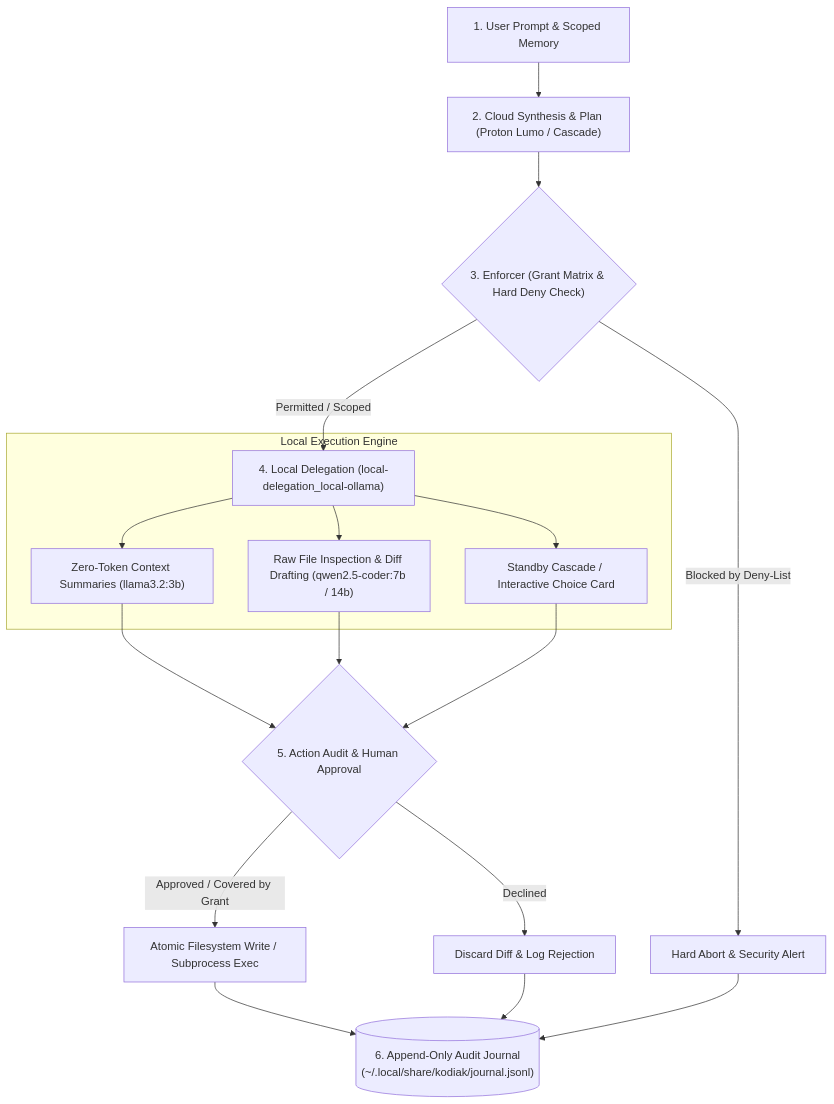
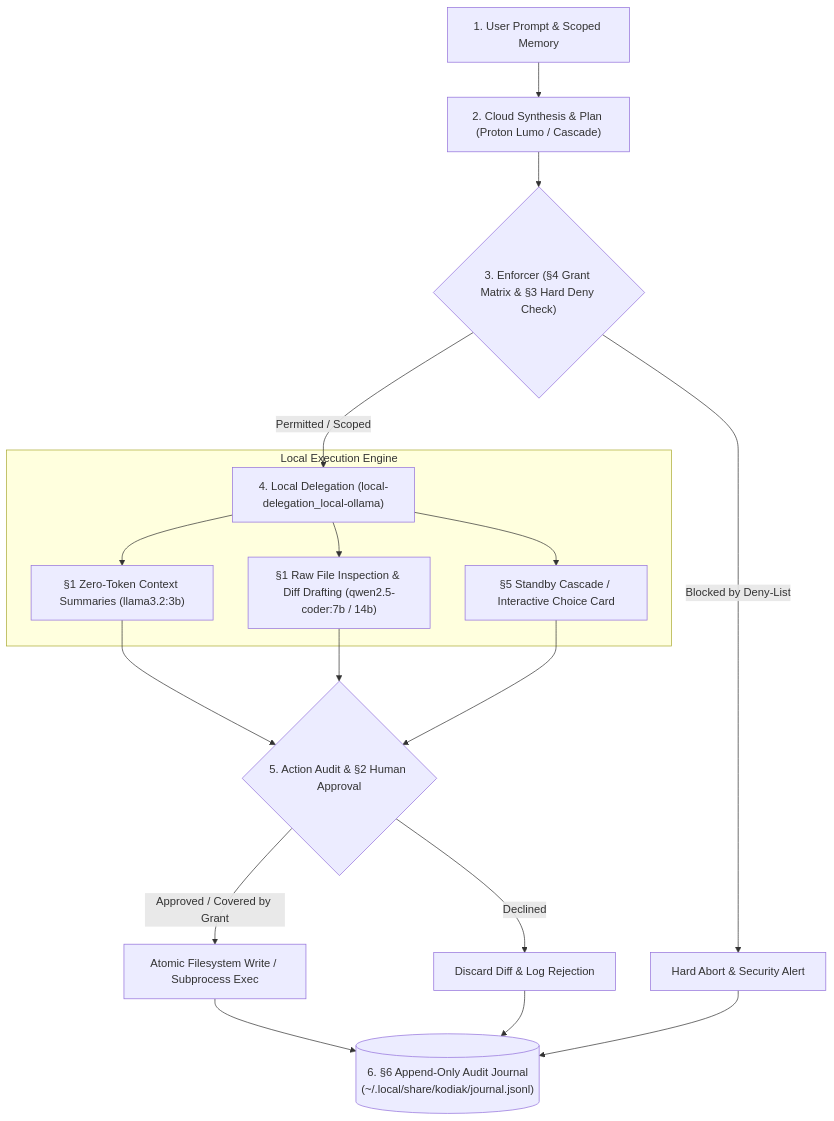
The diagram in README.md (morganlowe/Kodiak), drawn with Mermaid before and after one commit. The commit also changed other lines of this file, not shown here.

Commit message:
docs: restore § section symbols for Charter operating tenets in README

````diff
--- a/README.md
+++ b/README.md
@@ -51,20 +60,20 @@
 ```mermaid
 flowchart TD
     Prompt["1. User Prompt & Scoped Memory"] --> Plan["2. Cloud Synthesis & Plan (Proton Lumo / Cascade)"]
-    Plan --> Enforcer{"3. Enforcer (Grant Matrix & Hard Deny Check)"}
+    Plan --> Enforcer{"3. Enforcer (§4 Grant Matrix & §3 Hard Deny Check)"}
     
     Enforcer -->|Blocked by Deny-List| Reject["Hard Abort & Security Alert"]
     Enforcer -->|Permitted / Scoped| Delegation["4. Local Delegation (local-delegation_local-ollama)"]
     
     subgraph Local Execution Engine
-        Delegation --> Summary["Zero-Token Context Summaries (llama3.2:3b)"]
-        Delegation --> CodeGen["Raw File Inspection & Diff Drafting (qwen2.5-coder:7b / 14b)"]
-        Delegation --> Failover["Standby Cascade / Interactive Choice Card"]
+        Delegation --> Summary["§1 Zero-Token Context Summaries (llama3.2:3b)"]
+        Delegation --> CodeGen["§1 Raw File Inspection & Diff Drafting (qwen2.5-coder:7b / 14b)"]
+        Delegation --> Failover["§5 Standby Cascade / Interactive Choice Card"]
     end
     
-    Summary & CodeGen & Failover --> Approval{"5. Action Audit & Human Approval"}
+    Summary & CodeGen & Failover --> Approval{"5. Action Audit & §2 Human Approval"}
     Approval -->|Approved / Covered by Grant| Apply["Atomic Filesystem Write / Subprocess Exec"]
     Approval -->|Declined| Discard["Discard Diff & Log Rejection"]
     
-    Apply & Discard & Reject --> Journal[("6. Append-Only Audit Journal\n(~/.local/share/kodiak/journal.jsonl)")]
+    Apply & Discard & Reject --> Journal[("6. §6 Append-Only Audit Journal\n(~/.local/share/kodiak/journal.jsonl)")]
 ```
````
